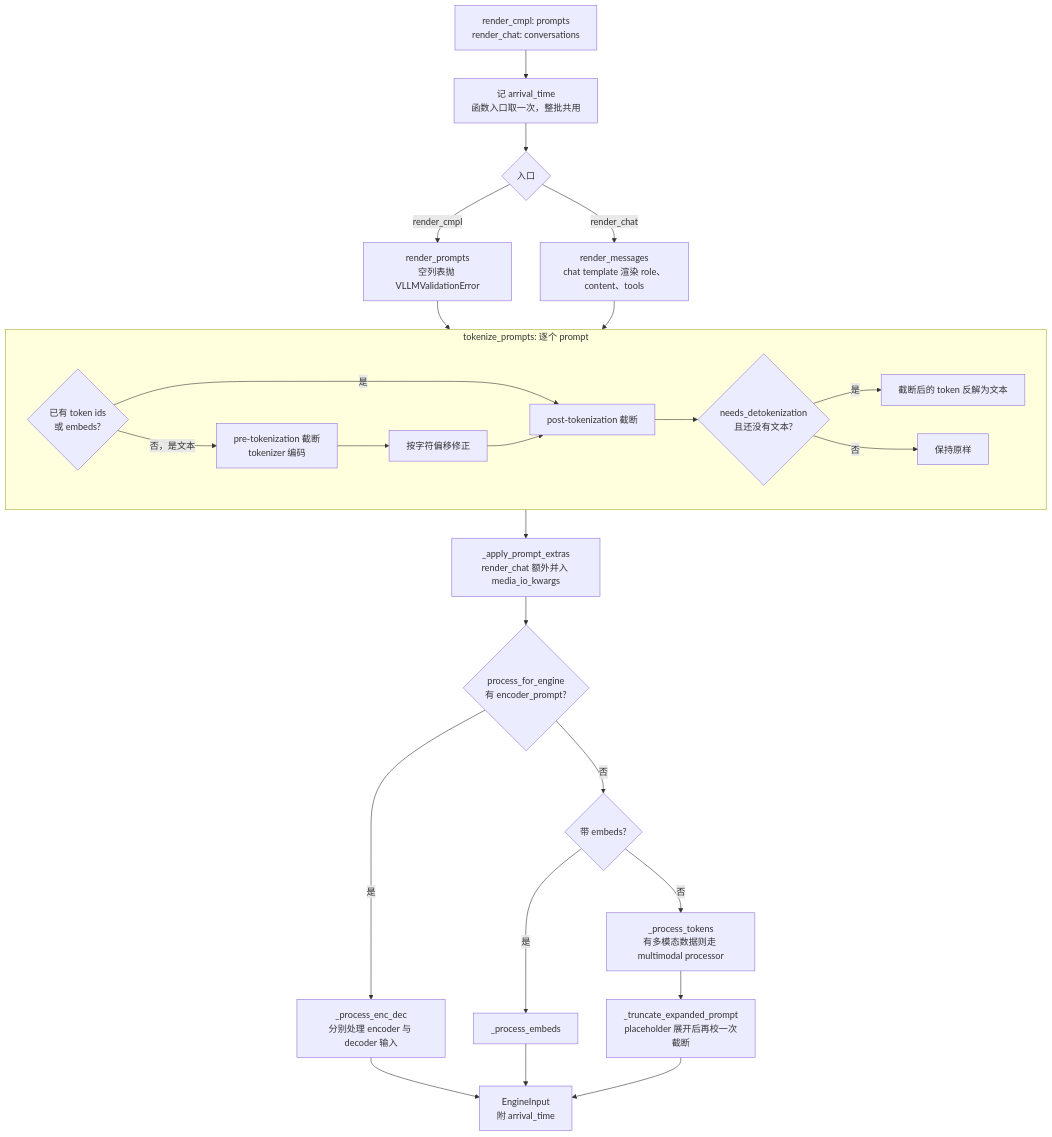
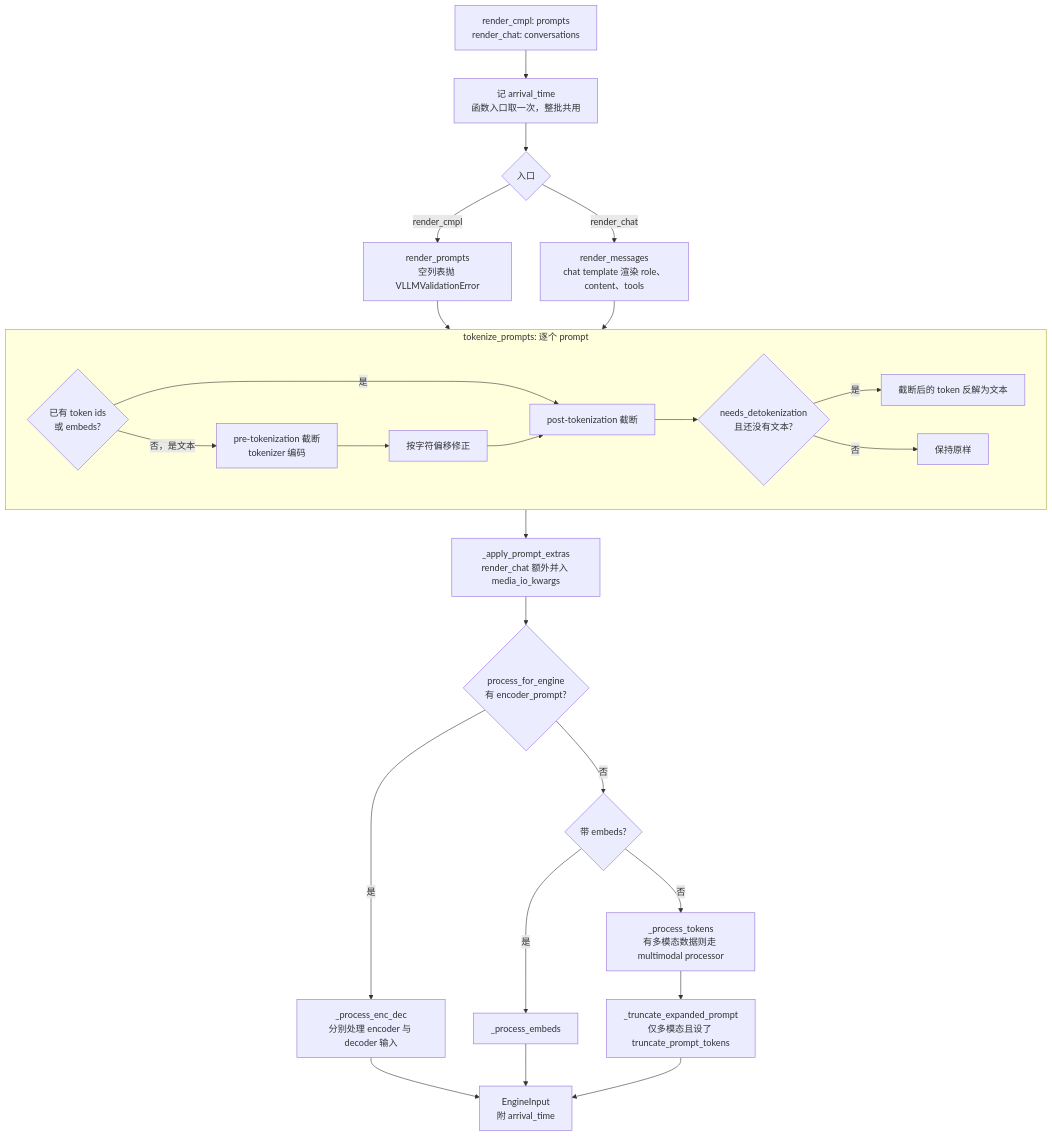
One commit to cluster1900/vllm_reader changed the sixth of 22 diagrams in book/02-vllm-architecture/README.md. Above: the diagram before and after it, drawn with Mermaid. The commit also changed other lines of this file and 1 other file, not shown here.

Commit message:
docs(ch02,ch03): address #29 r1 review (watchdog symbols, KV init diagram, admission wording)

````diff
--- a/book/02-vllm-architecture/README.md
+++ b/book/02-vllm-architecture/README.md
@@ -478,29 +478,29 @@
 ```mermaid
 flowchart TB
     IN["render_cmpl: prompts<br/>render_chat: conversations"] --> AT["记 arrival_time<br/>函数入口取一次，整批共用"]
     AT --> KIND{"入口"}
     KIND -- "render_cmpl" --> RP["render_prompts<br/>空列表抛 VLLMValidationError"]
     KIND -- "render_chat" --> RM["render_messages<br/>chat template 渲染 role、content、tools"]
     RP --> TK
     RM --> TK
     subgraph TK["tokenize_prompts: 逐个 prompt"]
         T0{"已有 token ids<br/>或 embeds?"}
         T0 -- "否，是文本" --> T1["pre-tokenization 截断<br/>tokenizer 编码"]
         T1 --> T2["按字符偏移修正"]
         T0 -- "是" --> T3
         T2 --> T3["post-tokenization 截断"]
         T3 --> T4{"needs_detokenization<br/>且还没有文本?"}
         T4 -- "是" --> T5["截断后的 token 反解为文本"]
         T4 -- "否" --> T6["保持原样"]
     end
     TK --> EX["_apply_prompt_extras<br/>render_chat 额外并入 media_io_kwargs"]
     EX --> PE{"process_for_engine<br/>有 encoder_prompt?"}
     PE -- "是" --> ED["_process_enc_dec<br/>分别处理 encoder 与 decoder 输入"]
     PE -- "否" --> SG{"带 embeds?"}
     SG -- "是" --> EM["_process_embeds"]
     SG -- "否" --> TM["_process_tokens<br/>有多模态数据则走 multimodal processor"]
-    TM --> TR["_truncate_expanded_prompt<br/>placeholder 展开后再校一次截断"]
+    TM --> TR["_truncate_expanded_prompt<br/>仅多模态且设了 truncate_prompt_tokens"]
     ED --> OUT["EngineInput<br/>附 arrival_time"]
     EM --> OUT
     TR --> OUT
 ```
````
